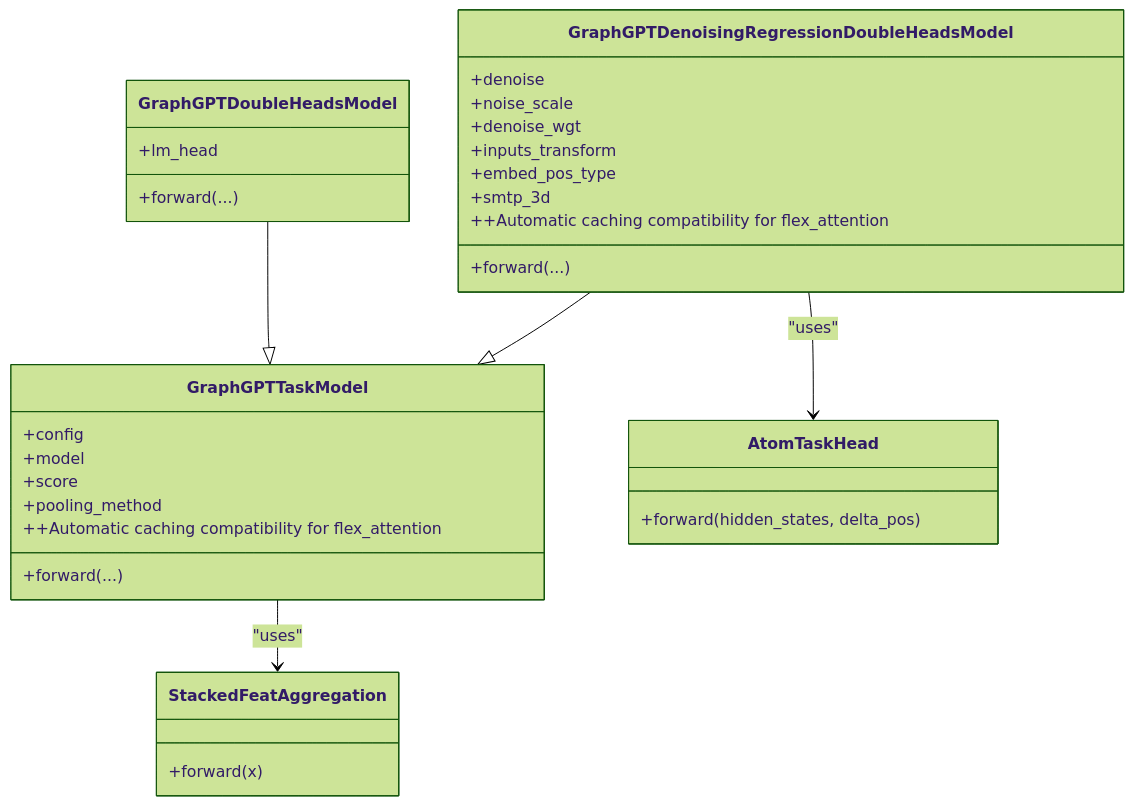
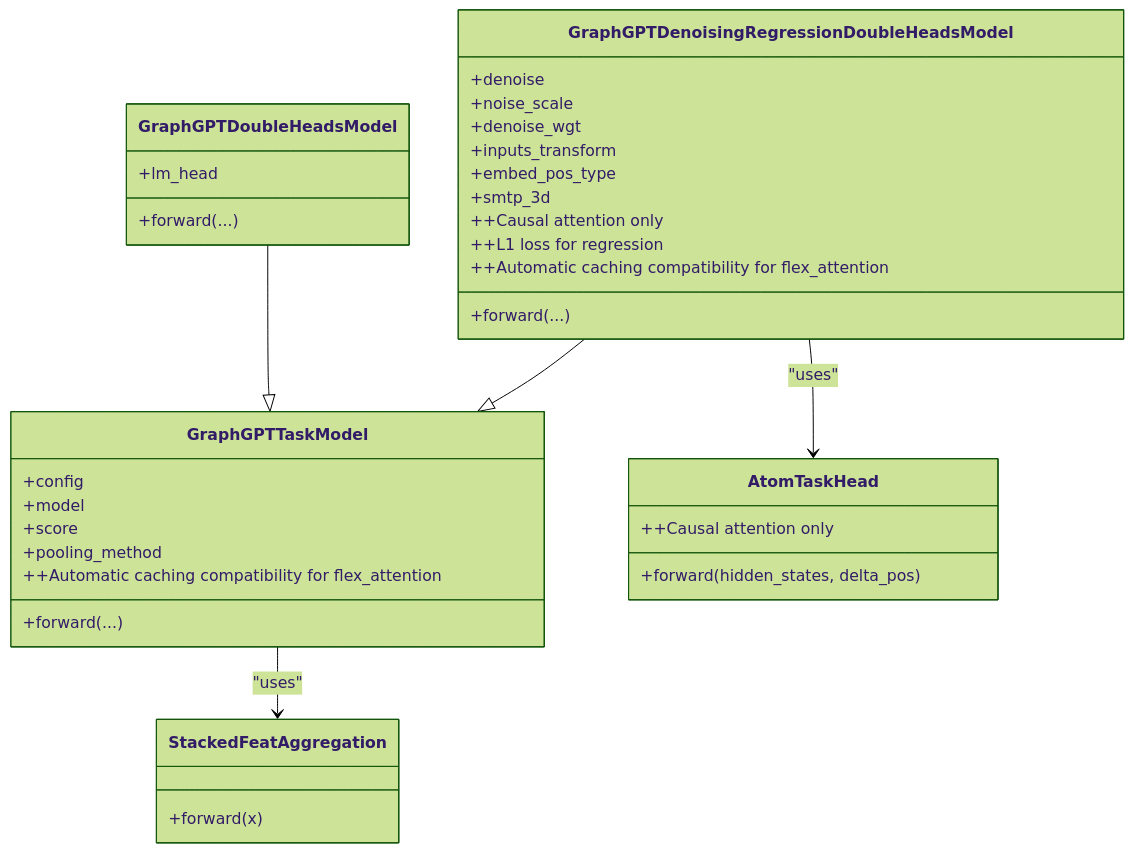
One commit to alibaba/graph-gpt changed the second of 6 diagrams in .qoder/repowiki/en/content/Fine-tuning System/Fine-tune Model Architecture.md. Above: the diagram before and after it, drawn with Mermaid (forest theme). The commit also changed other lines of this file and 7 other files, not shown here.

````diff
--- a/.qoder/repowiki/en/content/Fine-tuning System/Fine-tune Model Architecture.md
+++ b/.qoder/repowiki/en/content/Fine-tuning System/Fine-tune Model Architecture.md
@@ -119,35 +123,38 @@
 ```mermaid
 classDiagram
 class GraphGPTTaskModel {
 +config
 +model
 +score
 +pooling_method
 +forward(...)
 ++Automatic caching compatibility for flex_attention
 }
 class GraphGPTDoubleHeadsModel {
 +lm_head
 +forward(...)
 }
 class GraphGPTDenoisingRegressionDoubleHeadsModel {
 +denoise
 +noise_scale
 +denoise_wgt
 +inputs_transform
 +embed_pos_type
 +smtp_3d
 +forward(...)
+++Causal attention only
+++L1 loss for regression
 ++Automatic caching compatibility for flex_attention
 }
 class StackedFeatAggregation {
 +forward(x)
 }
 class AtomTaskHead {
 +forward(hidden_states, delta_pos)
+++Causal attention only
 }
 GraphGPTDoubleHeadsModel --|> GraphGPTTaskModel
 GraphGPTDenoisingRegressionDoubleHeadsModel --|> GraphGPTTaskModel
 GraphGPTTaskModel --> StackedFeatAggregation : "uses"
 GraphGPTDenoisingRegressionDoubleHeadsModel --> AtomTaskHead : "uses"
 ```
````
